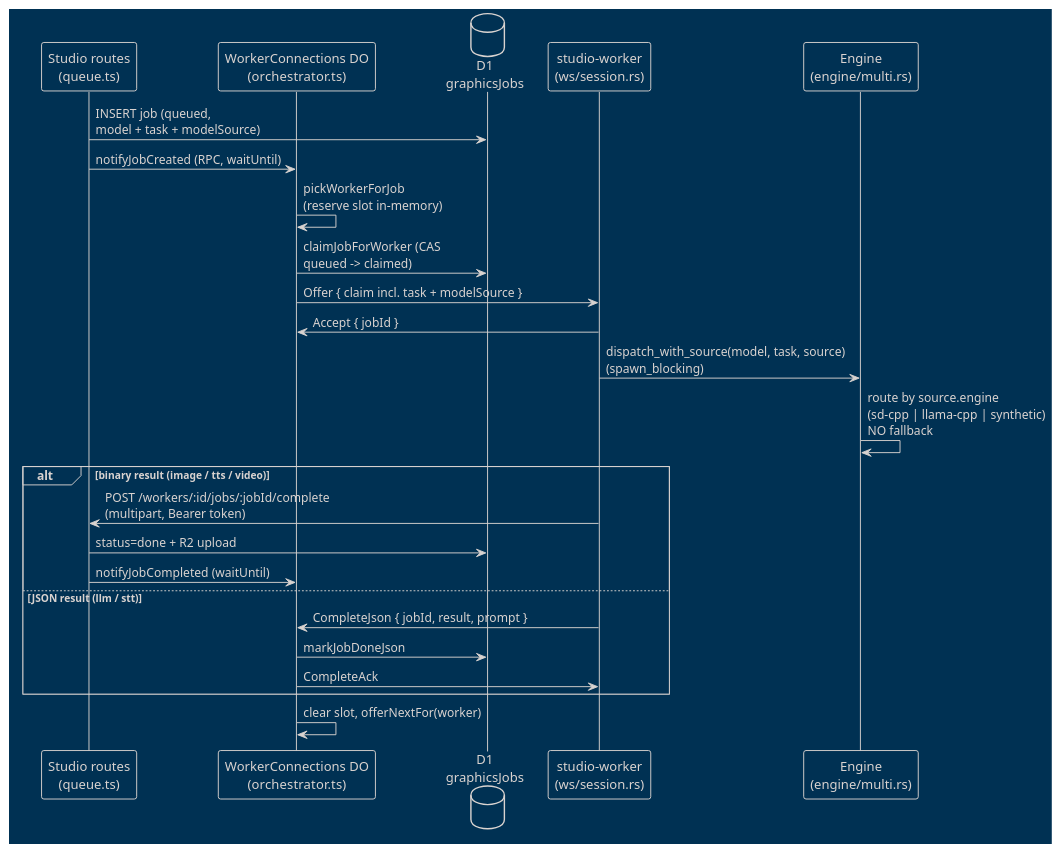
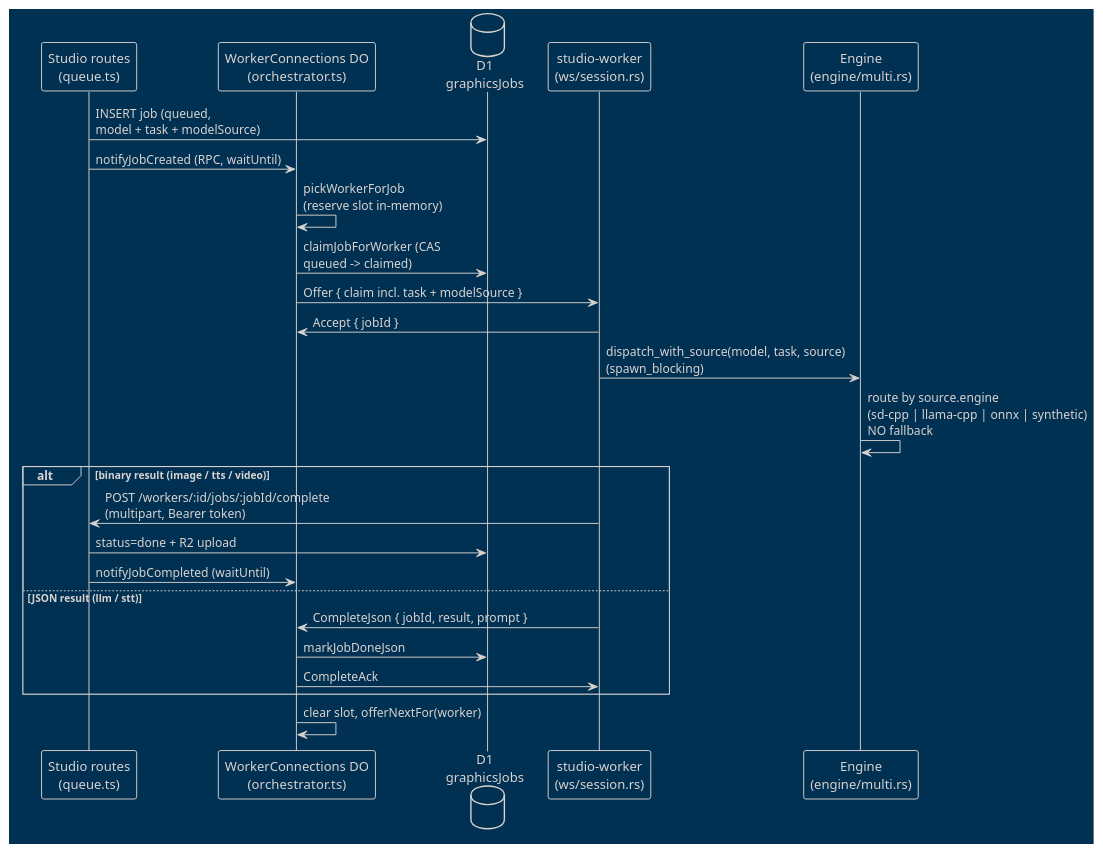
One commit to webbertakken/studio-worker changed the diagram in docs/architecture/flows.md. Above: the diagram before and after it, drawn with PlantUML. The commit also changed 2 other files, not shown here.

Commit message:
docs: include onnx in engine routing lists
PR #42 added the ONNX/LaMa engine; flows.md and model-source.md still listed sd-cpp | llama-cpp | synthetic only.

````diff
--- a/docs/architecture/flows.md
+++ b/docs/architecture/flows.md
@@ -139,29 +139,29 @@
 ```plantuml
 @startuml
 !theme blueprint
 participant "Studio routes\n(queue.ts)" as Q
 participant "WorkerConnections DO\n(orchestrator.ts)" as DO
 database "D1\ngraphicsJobs" as D1
 participant "studio-worker\n(ws/session.rs)" as W
 participant "Engine\n(engine/multi.rs)" as E
 
 Q -> D1 : INSERT job (queued,\nmodel + task + modelSource)
 Q -> DO : notifyJobCreated (RPC, waitUntil)
 DO -> DO : pickWorkerForJob\n(reserve slot in-memory)
 DO -> D1 : claimJobForWorker (CAS\nqueued -> claimed)
 DO -> W : Offer { claim incl. task + modelSource }
 W -> DO : Accept { jobId }
 W -> E : dispatch_with_source(model, task, source)\n(spawn_blocking)
-E -> E : route by source.engine\n(sd-cpp | llama-cpp | synthetic)\nNO fallback
+E -> E : route by source.engine\n(sd-cpp | llama-cpp | onnx | synthetic)\nNO fallback
 alt binary result (image / tts / video)
   W -> Q : POST /workers/:id/jobs/:jobId/complete\n(multipart, Bearer token)
   Q -> D1 : status=done + R2 upload
   Q -> DO : notifyJobCompleted (waitUntil)
 else JSON result (llm / stt)
   W -> DO : CompleteJson { jobId, result, prompt }
   DO -> D1 : markJobDoneJson
   DO -> W : CompleteAck
 end
 DO -> DO : clear slot, offerNextFor(worker)
 @enduml
 ```
````
